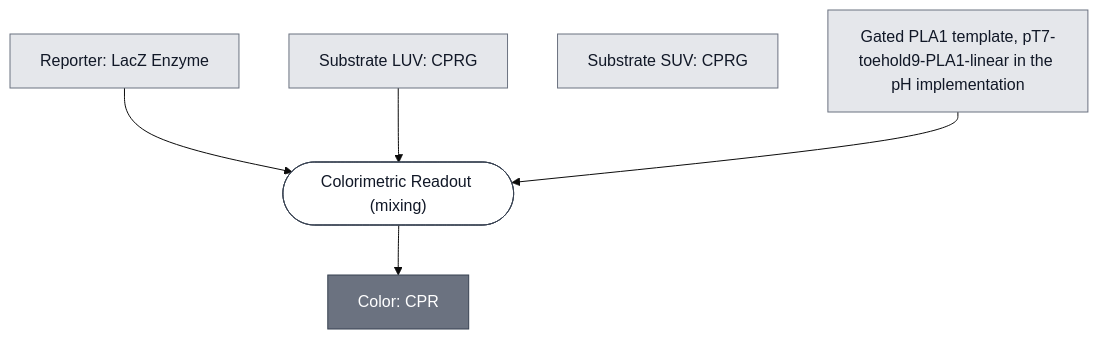
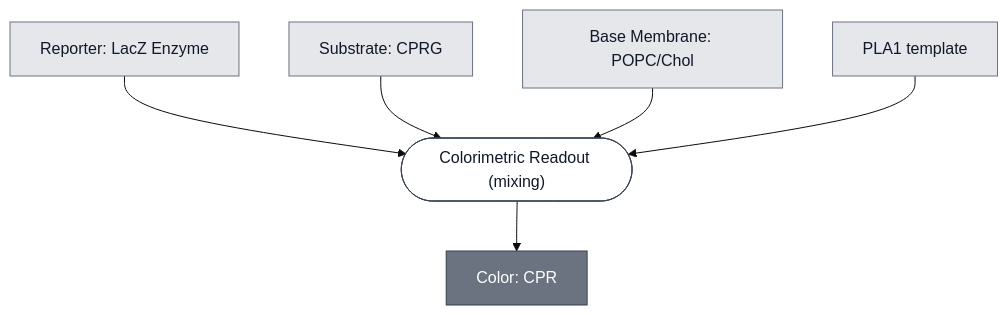
The diagram in docs/modules/color-change/spec.md (nucleus-eng/nucleus-docs), drawn with Mermaid (base theme) before and after one commit. The commit also changed other lines of this file and 8 other files, not shown here.

````diff
--- a/docs/modules/color-change/spec.md
+++ b/docs/modules/color-change/spec.md
@@ -27,28 +27,28 @@
 ```mermaid
 flowchart TD
-    GATED_PLA1_DNA["Gated PLA1 template, pT7-toehold9-PLA1-linear in the pH implementation"]
-    SUBSTRATE_LIPOSOME_LUV["Substrate LUV: CPRG"]
-    SUBSTRATE_LIPOSOME_SUV["Substrate SUV: CPRG"]
+    GATED_PLA1_DNA["PLA1 template"]
+    SUBSTRATE_CPRG["Substrate: CPRG"]
+    MEMBRANE["Base Membrane: POPC/Chol"]
     REPORTER_LACZ_ENZYME["Reporter: LacZ Enzyme"]
 
     P1_REPORT_COLOR_0(["Colorimetric Readout (mixing)"])
     COLOR["Color: CPR"]
 
     REPORTER_LACZ_ENZYME --> P1_REPORT_COLOR_0
-    SUBSTRATE_LIPOSOME_LUV --> P1_REPORT_COLOR_0
+    SUBSTRATE_CPRG --> P1_REPORT_COLOR_0
+    MEMBRANE --> P1_REPORT_COLOR_0
     GATED_PLA1_DNA --> P1_REPORT_COLOR_0
     P1_REPORT_COLOR_0 --> COLOR
 
 
     classDef leaf     fill:#e5e7eb,stroke:#6b7280,color:#111827;
     classDef composed fill:#6b7280,stroke:#374151,color:#ffffff;
     classDef process  fill:#ffffff,stroke:#374151,color:#111827;
-    class GATED_PLA1_DNA,SUBSTRATE_LIPOSOME_LUV,SUBSTRATE_LIPOSOME_SUV,REPORTER_LACZ_ENZYME leaf;
+    class GATED_PLA1_DNA,SUBSTRATE_CPRG,MEMBRANE,REPORTER_LACZ_ENZYME leaf;
     class COLOR composed;
     class P1_REPORT_COLOR_0 process;
 
-    click SUBSTRATE_LIPOSOME_LUV "/docs/modules/substrate-cprg-luv/spec"
-    click SUBSTRATE_LIPOSOME_SUV "/docs/modules/substrate-cprg-suv/spec"
+    click MEMBRANE "/docs/modules/membrane-popc-chol/spec"
     click REPORTER_LACZ_ENZYME "/docs/modules/reporter-lacz-enzyme/spec"
     click P1_REPORT_COLOR_0 "/docs/processes/colorimetric-readout/main"
 ```
````
